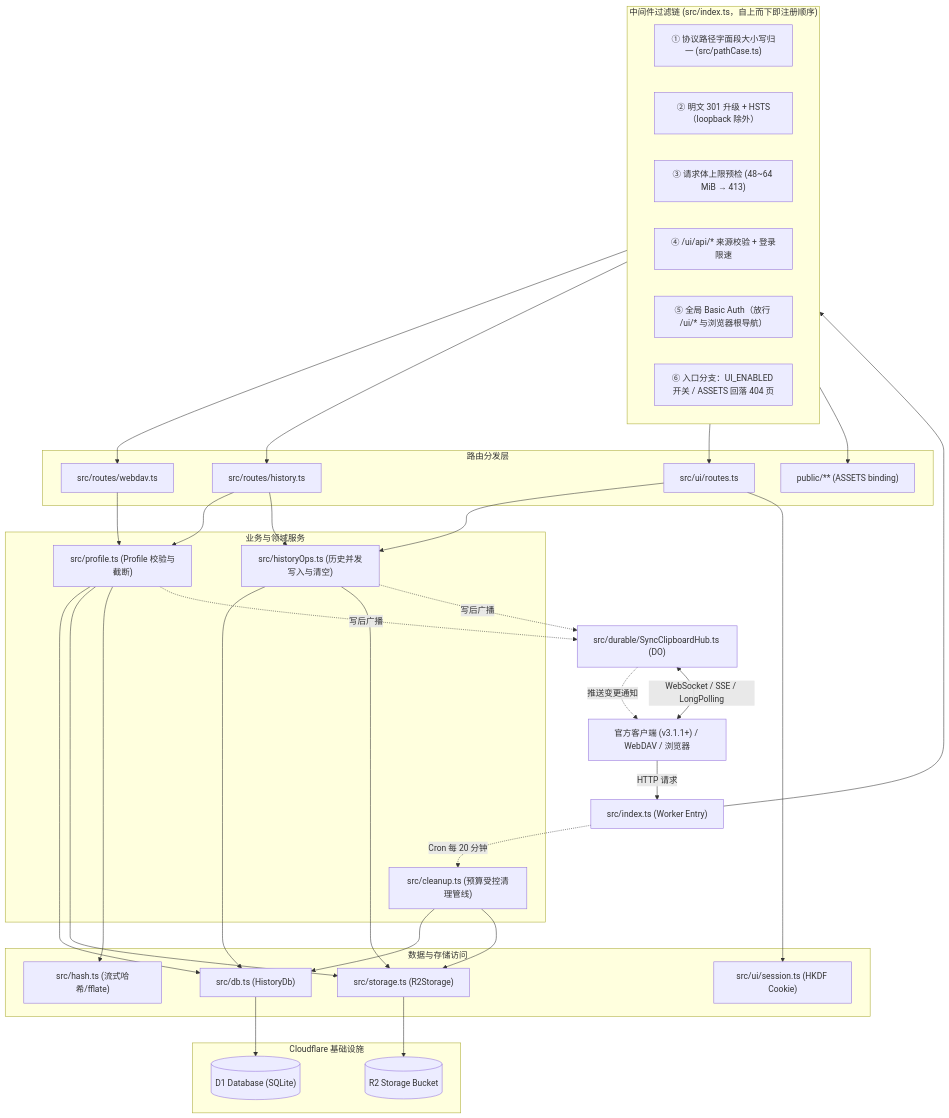
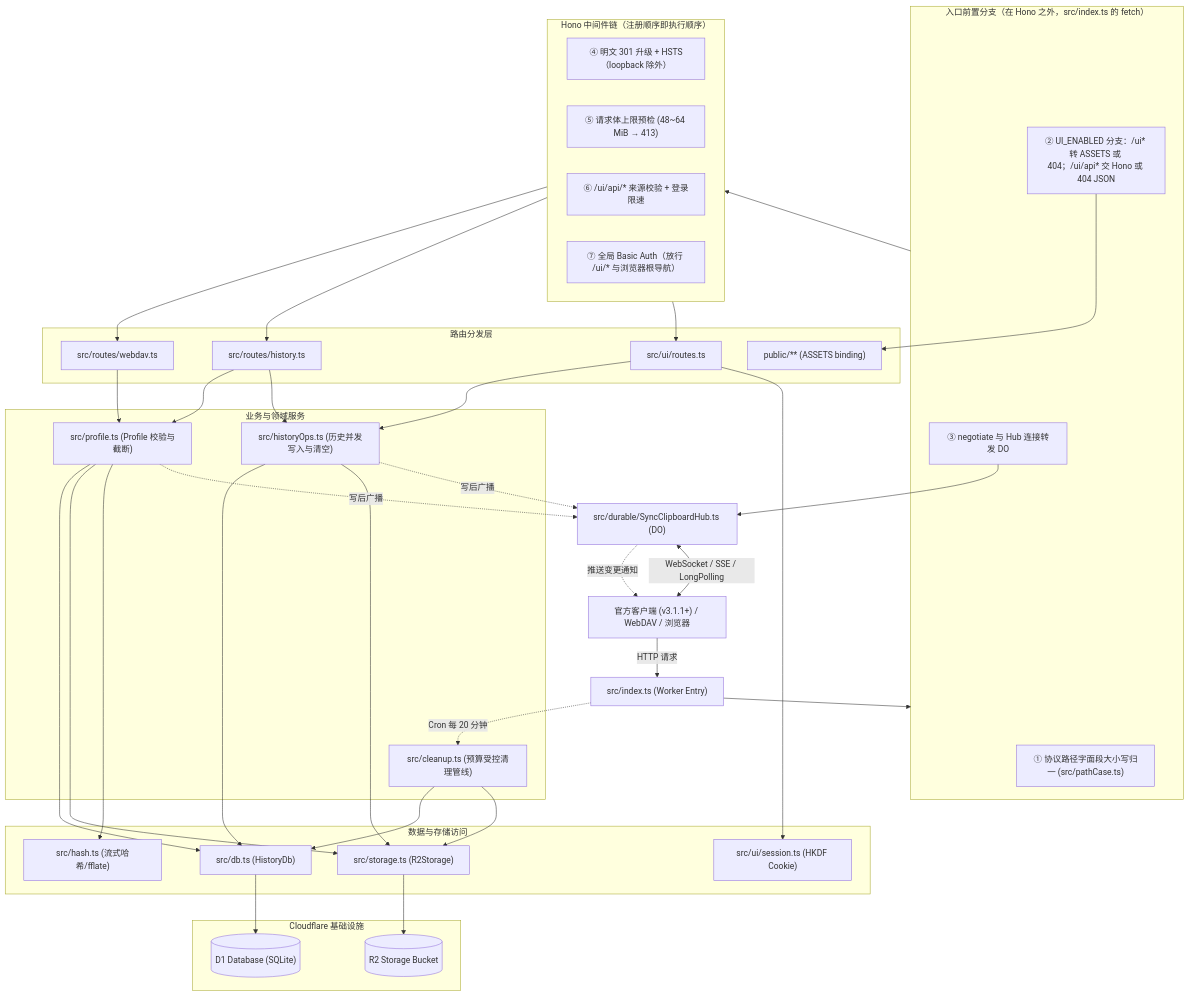
Before and after one commit to Leexunhuan743/SyncClipboardCfServer: the first of 4 diagrams in docs/project-analysis.md, drawn with Mermaid. The commit also changed other lines of this file and 6 other files, not shown here.

````diff
--- a/docs/project-analysis.md
+++ b/docs/project-analysis.md
@@ -48,68 +59,74 @@
 ```mermaid
 flowchart TD
     Client["官方客户端 (v3.1.1+) / WebDAV / 浏览器"] -->|HTTP 请求| Entry["src/index.ts (Worker Entry)"]
     Client <-->|WebSocket / SSE / LongPolling| HubDO["src/durable/SyncClipboardHub.ts (DO)"]
 
-    subgraph MiddlewareChain["中间件过滤链 (src/index.ts，自上而下即注册顺序)"]
+    subgraph EntryBranch["入口前置分支（在 Hono 之外，src/index.ts 的 fetch）"]
         PathNorm["① 协议路径字面段大小写归一 (src/pathCase.ts)"]
-        HSTS["② 明文 301 升级 + HSTS（loopback 除外）"]
-        BodyLimit["③ 请求体上限预检 (48~64 MiB → 413)"]
-        OriginCheck["④ /ui/api/* 来源校验 + 登录限速"]
-        BasicAuth["⑤ 全局 Basic Auth（放行 /ui/* 与浏览器根导航）"]
-        AssetSwitch["⑥ 入口分支：UI_ENABLED 开关 / ASSETS 回落 404 页"]
+        AssetSwitch["② UI_ENABLED 分支：/ui* 转 ASSETS 或 404；/ui/api* 交 Hono 或 404 JSON"]
+        HubRoute["③ negotiate 与 Hub 连接转发 DO"]
     end
 
-    Entry --> MiddlewareChain
+    subgraph MiddlewareChain["Hono 中间件链（注册顺序即执行顺序）"]
+        HSTS["④ 明文 301 升级 + HSTS（loopback 除外）"]
+        BodyLimit["⑤ 请求体上限预检 (48~64 MiB → 413)"]
+        OriginCheck["⑥ /ui/api/* 来源校验 + 登录限速"]
+        BasicAuth["⑦ 全局 Basic Auth（放行 /ui/* 与浏览器根导航）"]
+    end
+
+    Entry --> EntryBranch
+    EntryBranch --> MiddlewareChain
 
     subgraph Handlers["路由分发层"]
         WebDAV["src/routes/webdav.ts"]
         HistoryAPI["src/routes/history.ts"]
         UIAPI["src/ui/routes.ts"]
         StaticAssets["public/** (ASSETS binding)"]
     end
 
     MiddlewareChain --> WebDAV
     MiddlewareChain --> HistoryAPI
     MiddlewareChain --> UIAPI
-    MiddlewareChain --> StaticAssets
+    AssetSwitch --> StaticAssets
+    HubRoute --> HubDO
 
     subgraph ServiceLayer["业务与领域服务"]
         ProfileSvc["src/profile.ts (Profile 校验与截断)"]
         HistoryOps["src/historyOps.ts (历史并发写入与清空)"]
         CleanupSvc["src/cleanup.ts (预算受控清理管线)"]
     end
 
     WebDAV --> ProfileSvc
     HistoryAPI --> ProfileSvc
     HistoryAPI --> HistoryOps
     UIAPI --> HistoryOps
     Entry -.Cron 每 20 分钟.-> CleanupSvc
 
     subgraph InfraLayer["数据与存储访问"]
         DB["src/db.ts (HistoryDb)"]
         Storage["src/storage.ts (R2Storage)"]
         Hash["src/hash.ts (流式哈希/fflate)"]
         Session["src/ui/session.ts (HKDF Cookie)"]
     end
 
     ProfileSvc --> DB
     ProfileSvc --> Storage
     ProfileSvc --> Hash
     HistoryOps --> DB
     HistoryOps --> Storage
     UIAPI --> Session
     CleanupSvc --> DB
     CleanupSvc --> Storage
 
     ProfileSvc -.写后广播.-> HubDO
     HistoryOps -.写后广播.-> HubDO
     HubDO -.推送变更通知.-> Client
 
     subgraph CloudflareCloud["Cloudflare 基础设施"]
         D1[("D1 Database (SQLite)")]
         R2[("R2 Storage Bucket")]
     end
 
     DB --> D1
     Storage --> R2
 ```
````
